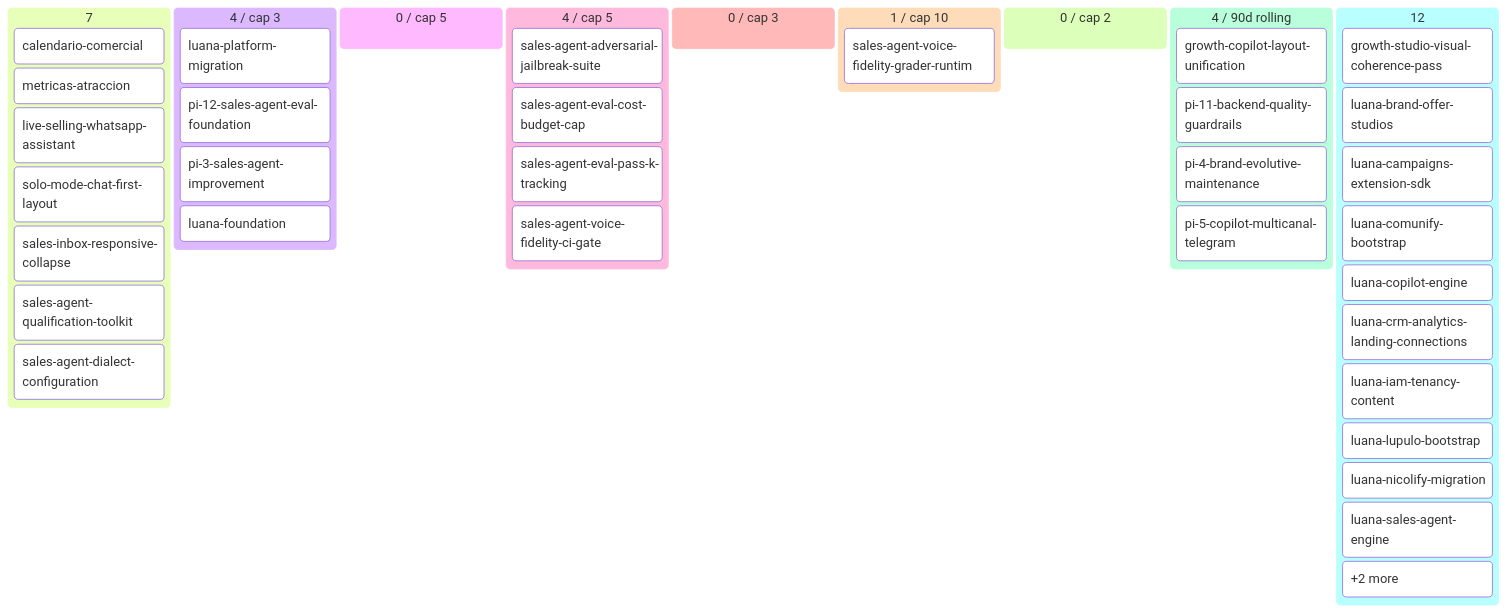
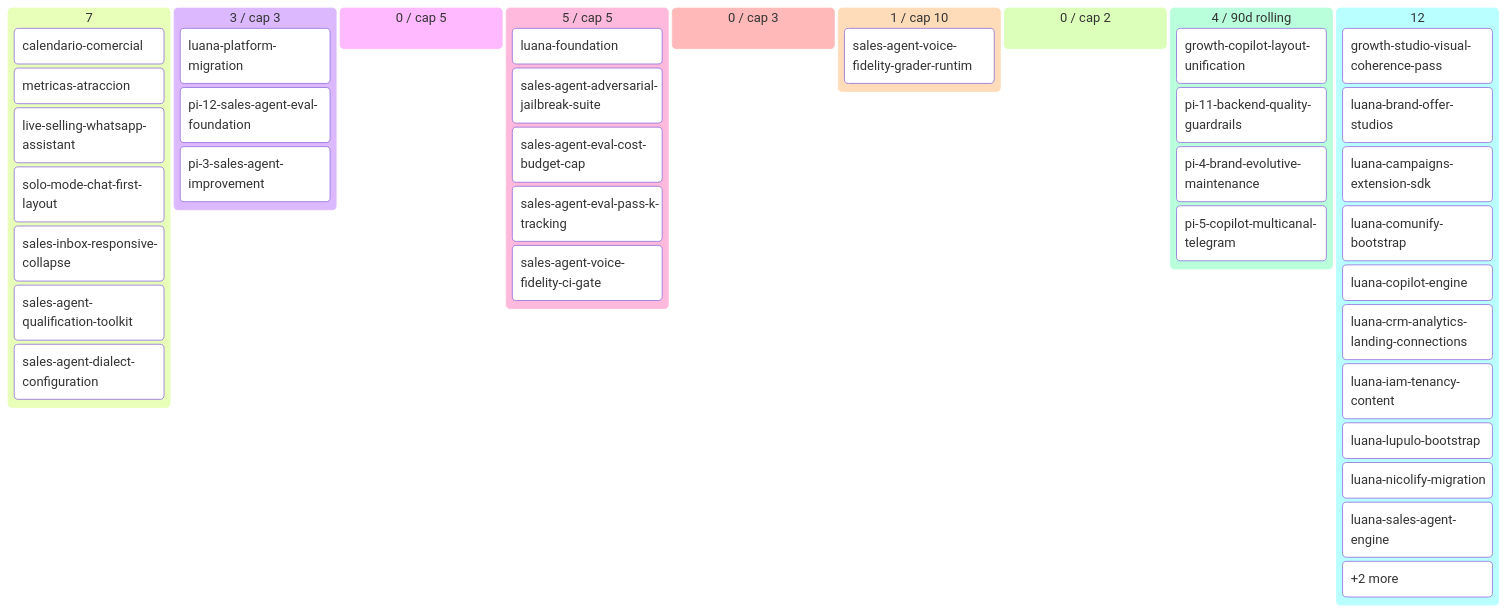
Before and after one commit to alpacapurpura/ap_sales_agent: the diagram in docs/product/BACKLOG.md, drawn with Mermaid. The commit also changed other lines of this file and 9 other files, not shown here.

````diff
--- a/docs/product/BACKLOG.md
+++ b/docs/product/BACKLOG.md
@@ -70,43 +70,43 @@
 ```mermaid
 kanban
   💡 Ideas (7)
     calendario-comercial[calendario-comercial]
     metricas-atraccion[metricas-atraccion]
     live-selling-whatsapp-assistan[live-selling-whatsapp-assistant]
     solo-mode-chat-first-layout[solo-mode-chat-first-layout]
     sales-inbox-responsive-collaps[sales-inbox-responsive-collapse]
     sales-agent-qualification-tool[sales-agent-qualification-toolkit]
     sales-agent-dialect-configurat[sales-agent-dialect-configuration]
-  🔬 Refining (4 / cap 3)
+  🔬 Refining (3 / cap 3)
     luana-platform-migration[luana-platform-migration]
     pi-12-sales-agent-eval-foundat[pi-12-sales-agent-eval-foundation]
     pi-3-sales-agent-improvement[pi-3-sales-agent-improvement]
+  ✅ Refined (0 / cap 5)
+  📦 Ready (5 / cap 5)
     luana-foundation[luana-foundation]
-  ✅ Refined (0 / cap 5)
-  📦 Ready (4 / cap 5)
     sales-agent-adversarial-jailbr[sales-agent-adversarial-jailbreak-suite]
     sales-agent-eval-cost-budget-c[sales-agent-eval-cost-budget-cap]
     sales-agent-eval-pass-k-tracki[sales-agent-eval-pass-k-tracking]
     sales-agent-voice-fidelity-ci-[sales-agent-voice-fidelity-ci-gate]
   🔨 Developing (0 / cap 3)
   🧪 Developed (1 / cap 10)
     sales-agent-voice-fidelity-gra[sales-agent-voice-fidelity-grader-runtim]
   🔍 Reviewing (0 / cap 2)
   ✅ Done (4 / 90d rolling)
     growth-copilot-layout-unificat[growth-copilot-layout-unification]
     pi-11-backend-quality-guardrai[pi-11-backend-quality-guardrails]
     pi-4-brand-evolutive-maintenan[pi-4-brand-evolutive-maintenance]
     pi-5-copilot-multicanal-telegr[pi-5-copilot-multicanal-telegram]
   🅿 Parked (12)
     growth-studio-visual-coherence[growth-studio-visual-coherence-pass]
     luana-brand-offer-studios[luana-brand-offer-studios]
     luana-campaigns-extension-sdk[luana-campaigns-extension-sdk]
     luana-comunify-bootstrap[luana-comunify-bootstrap]
     luana-copilot-engine[luana-copilot-engine]
     luana-crm-analytics-landing-co[luana-crm-analytics-landing-connections]
     luana-iam-tenancy-content[luana-iam-tenancy-content]
     luana-lupulo-bootstrap[luana-lupulo-bootstrap]
     luana-nicolify-migration[luana-nicolify-migration]
     luana-sales-agent-engine[luana-sales-agent-engine]
     overflow-🅿 Parked[+2 more]
 ```
````
